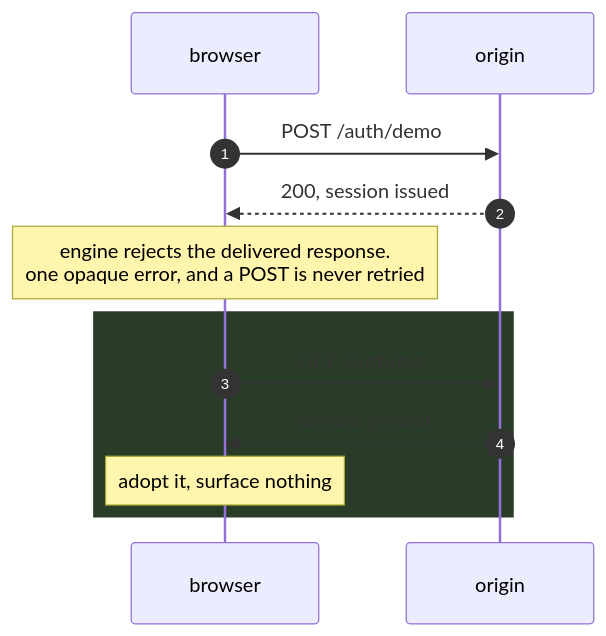
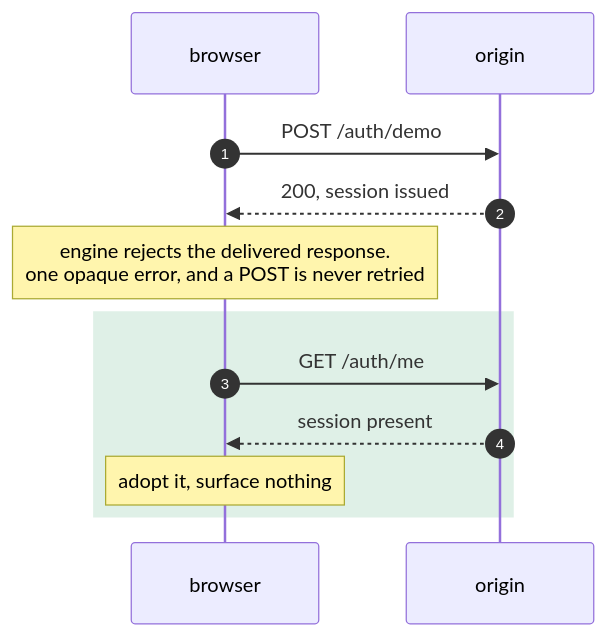
Before and after one commit to klauslila/skaisearch-showcase: the sixth of 9 diagrams in README.md, drawn with Mermaid.

Commit message:
Make the auth diagram's highlight band readable in light mode
The opaque dark green only worked on a dark canvas; GitHub keeps the
message labels in the page's text colour, so light mode rendered dark
text on dark green. A low-alpha green tints whatever is behind it.

````diff
--- a/README.md
+++ b/README.md
@@ -197,14 +197,14 @@
 ```mermaid
 sequenceDiagram
   autonumber
   participant B as browser
   participant API as origin
   B->>API: POST /auth/demo
   API-->>B: 200, session issued
   Note over B: engine rejects the delivered response.<br/>one opaque error, and a POST is never retried
-  rect rgb(40,60,40)
+  rect rgba(80,170,120,0.18)
   B->>API: GET /auth/me
   API-->>B: session present
   Note over B: adopt it, surface nothing
   end
 ```
````
